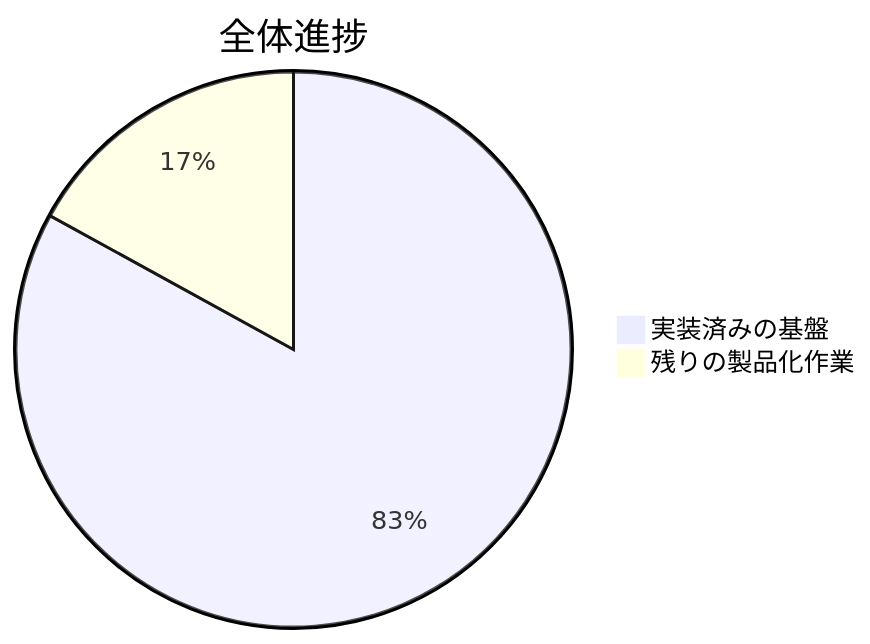
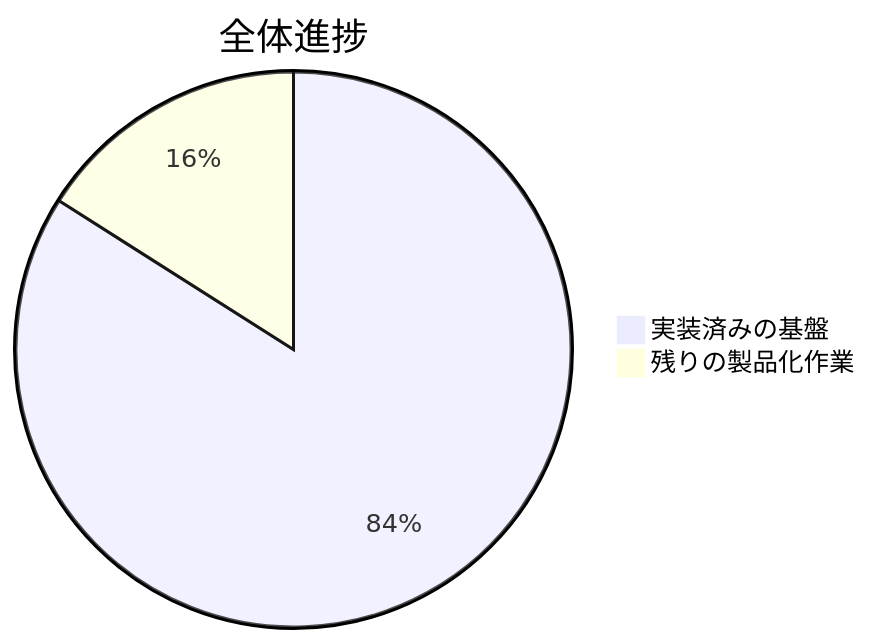
The first of 5 diagrams in README.ja.md (lingmulongtai/GlyphRay), drawn with Mermaid before and after one commit. The commit also changed other lines of this file and 9 other files, not shown here.

````diff
--- a/README.ja.md
+++ b/README.ja.md
@@ -15,5 +15,5 @@
 ```mermaid
 pie title 全体進捗
-  "実装済みの基盤" : 83
-  "残りの製品化作業" : 17
+  "実装済みの基盤" : 84
+  "残りの製品化作業" : 16
 ```
````
